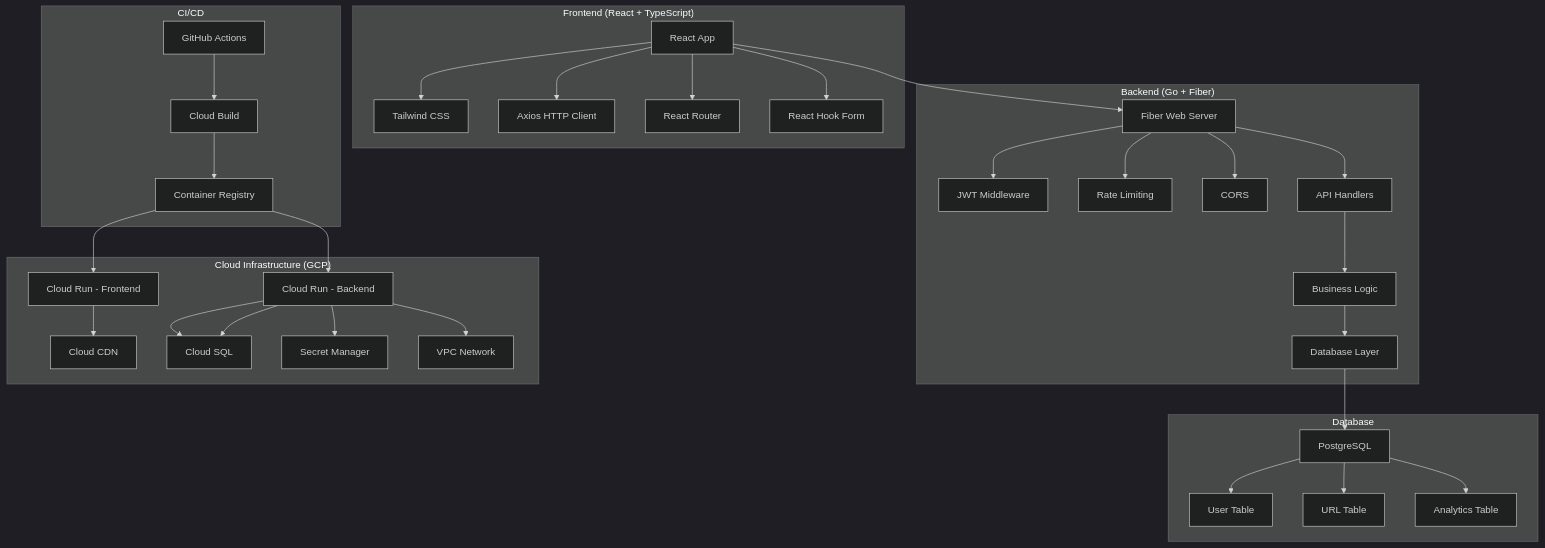
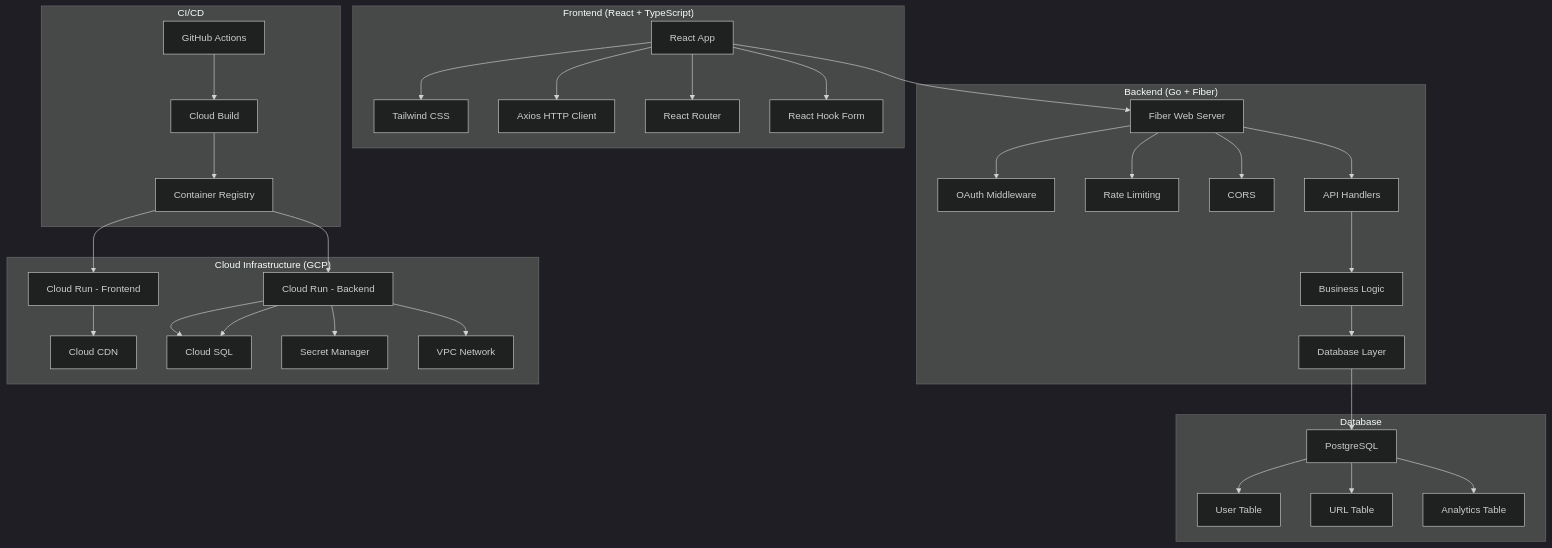
Before and after one commit to harsh3173/URL-shortener-application: the diagram in README.md, drawn with Mermaid (dark theme). The commit also changed other lines of this file and 12 other files, not shown here.

````diff
--- a/README.md
+++ b/README.md
@@ -42,42 +42,42 @@
 ```mermaid
 graph TB
     subgraph "Frontend (React + TypeScript)"
         A[React App] --> B[Tailwind CSS]
         A --> C[Axios HTTP Client]
         A --> D[React Router]
         A --> E[React Hook Form]
     end
     
     subgraph "Backend (Go + Fiber)"
-        F[Fiber Web Server] --> G[JWT Middleware]
+        F[Fiber Web Server] --> G[OAuth Middleware]
         F --> H[Rate Limiting]
         F --> I[CORS]
         F --> J[API Handlers]
         J --> K[Business Logic]
         K --> L[Database Layer]
     end
     
     subgraph "Database"
         M[PostgreSQL] --> N[User Table]
         M --> O[URL Table]
         M --> P[Analytics Table]
     end
     
     subgraph "Cloud Infrastructure (GCP)"
         Q[Cloud Run - Frontend] --> R[Cloud CDN]
         S[Cloud Run - Backend] --> T[Cloud SQL]
         S --> U[Secret Manager]
         S --> V[VPC Network]
     end
     
     A --> F
     L --> M
     S --> T
     
     subgraph "CI/CD"
         W[GitHub Actions] --> X[Cloud Build]
         X --> Y[Container Registry]
         Y --> Q
         Y --> S
     end
 ```
````
